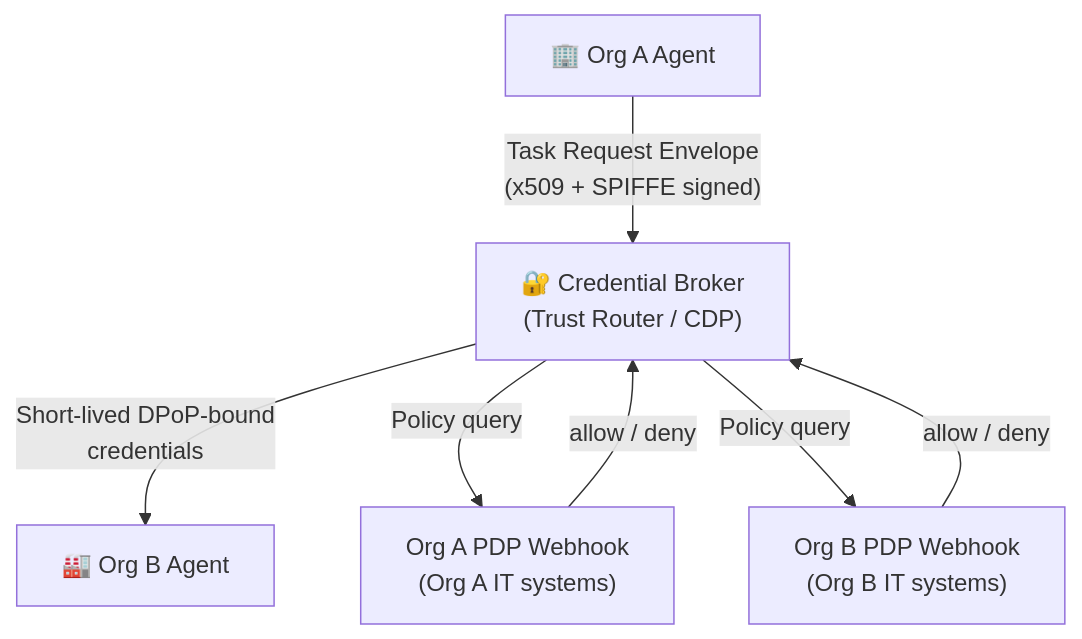
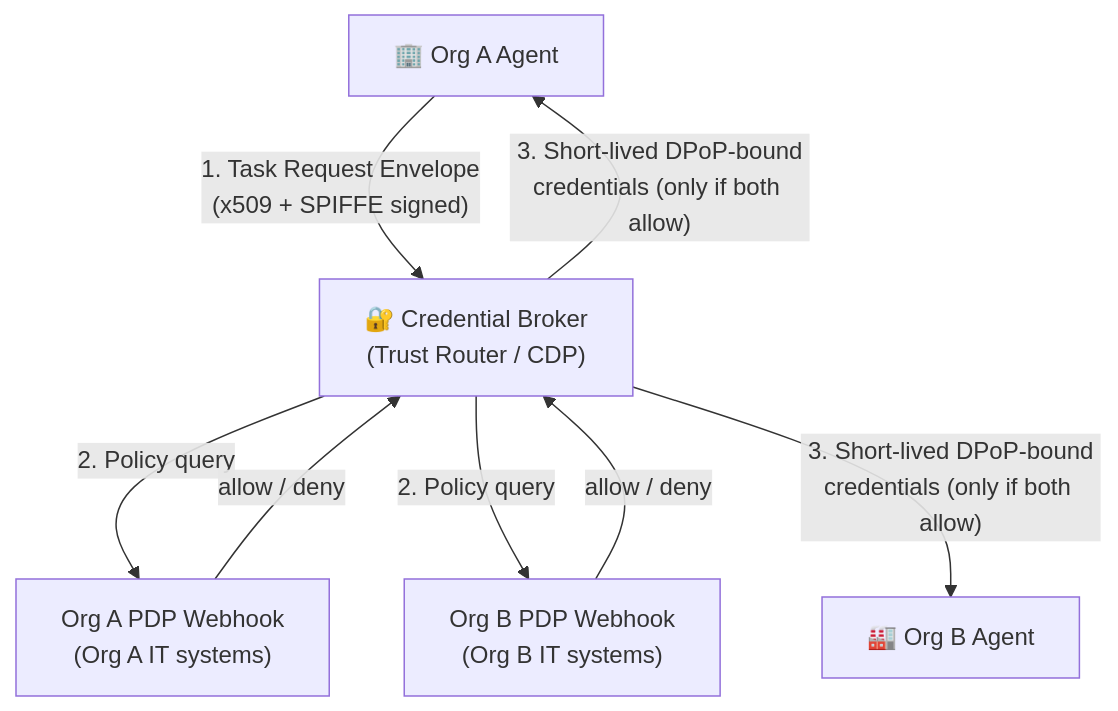
Before and after one commit to cullis-security/cullis: the first of 2 diagrams in README.md, drawn with Mermaid.

Commit message:
Fix flowchart: show correct order (request > policy > credentials)

````diff
--- a/README.md
+++ b/README.md
@@ -25,9 +25,10 @@
 ```mermaid
 flowchart TD
-    A["🏢 Org A Agent"] -- "Task Request Envelope\n(x509 + SPIFFE signed)" --> B["🔐 Credential Broker\n(Trust Router / CDP)"]
-    B -- "Short-lived DPoP-bound\ncredentials" --> C["🏭 Org B Agent"]
-    B -- "Policy query" --> D["Org A PDP Webhook\n(Org A IT systems)"]
-    B -- "Policy query" --> E["Org B PDP Webhook\n(Org B IT systems)"]
+    A["🏢 Org A Agent"] -- "1. Task Request Envelope\n(x509 + SPIFFE signed)" --> B["🔐 Credential Broker\n(Trust Router / CDP)"]
+    B -- "2. Policy query" --> D["Org A PDP Webhook\n(Org A IT systems)"]
+    B -- "2. Policy query" --> E["Org B PDP Webhook\n(Org B IT systems)"]
     D -- "allow / deny" --> B
     E -- "allow / deny" --> B
+    B -- "3. Short-lived DPoP-bound\ncredentials (only if both allow)" --> A
+    B -- "3. Short-lived DPoP-bound\ncredentials (only if both allow)" --> C["🏭 Org B Agent"]
 ```
````
